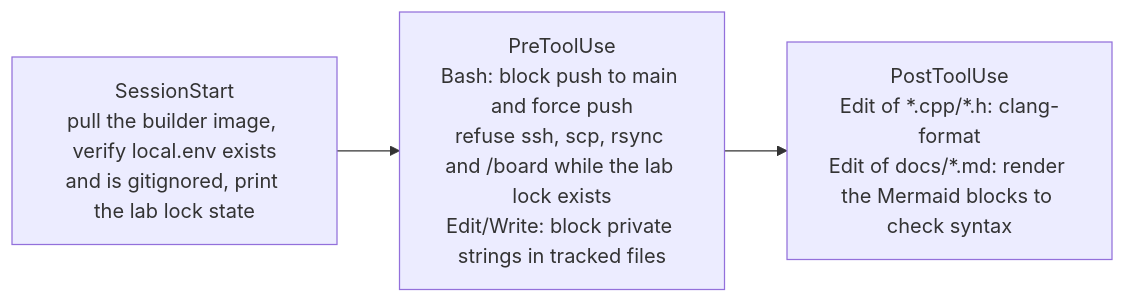
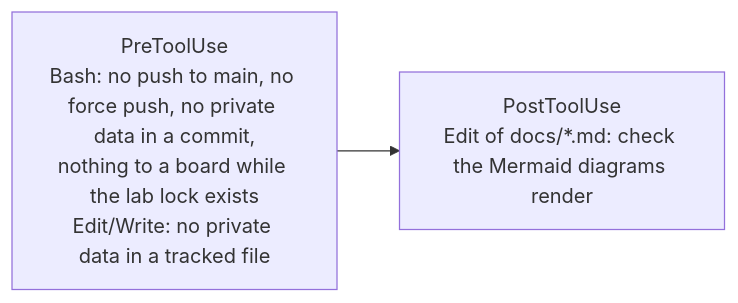
Before and after one commit to AMuszkat/bpi_amp_platform: the fourth of 6 diagrams in docs/autonomous-development.md, drawn with Mermaid. The commit also changed other lines of this file and 28 other files, not shown here.

````diff
--- a/docs/autonomous-development.md
+++ b/docs/autonomous-development.md
@@ -273,7 +115,6 @@
 ```mermaid
 flowchart LR
-    ss["SessionStart<br/>pull the builder image, verify local.env exists<br/>and is gitignored, print the lab lock state"]
-    pre["PreToolUse<br/>Bash: block push to main and force push<br/>refuse ssh, scp, rsync and /board while the lab lock exists<br/>Edit/Write: block private strings in tracked files"]
-    post["PostToolUse<br/>Edit of *.cpp/*.h: clang-format<br/>Edit of docs/*.md: render the Mermaid blocks to check syntax"]
-    ss --> pre --> post
+    pre["PreToolUse<br/>Bash: no push to main, no force push, no private data in a commit,<br/>nothing to a board while the lab lock exists<br/>Edit/Write: no private data in a tracked file"]
+    post["PostToolUse<br/>Edit of docs/*.md: check the Mermaid diagrams render"]
+    pre --> post
 ```
````
